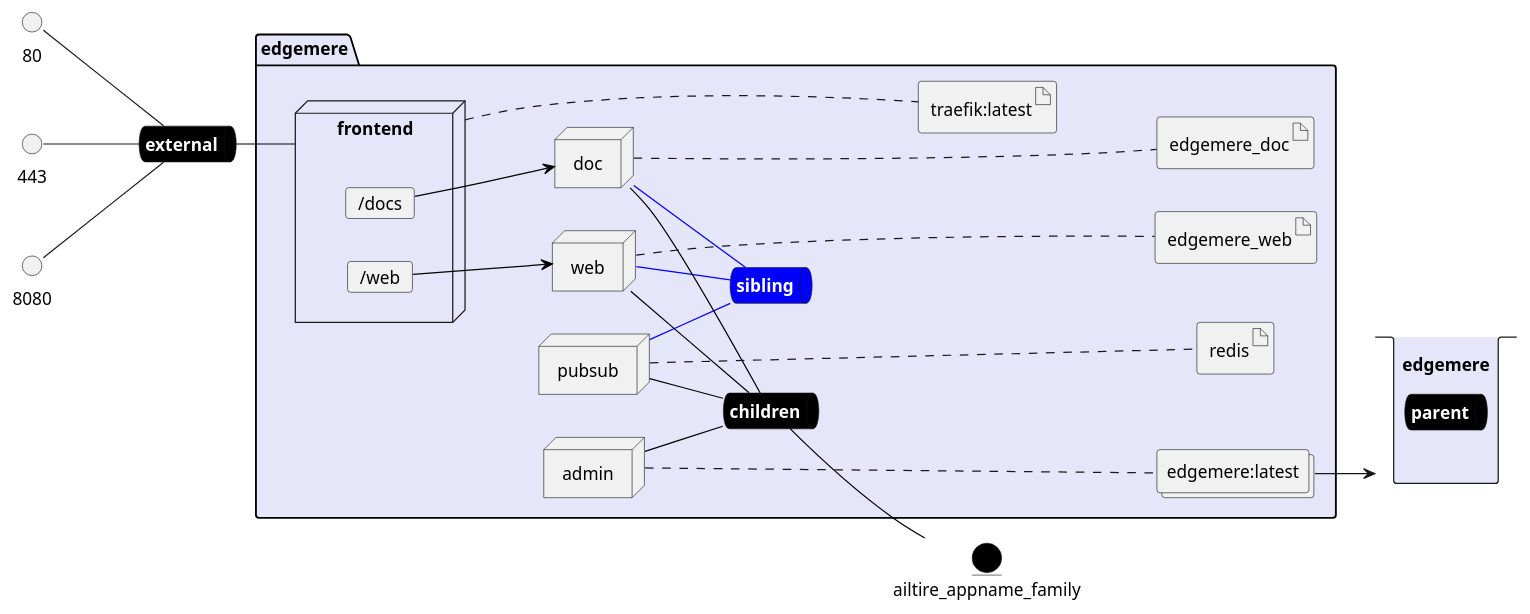
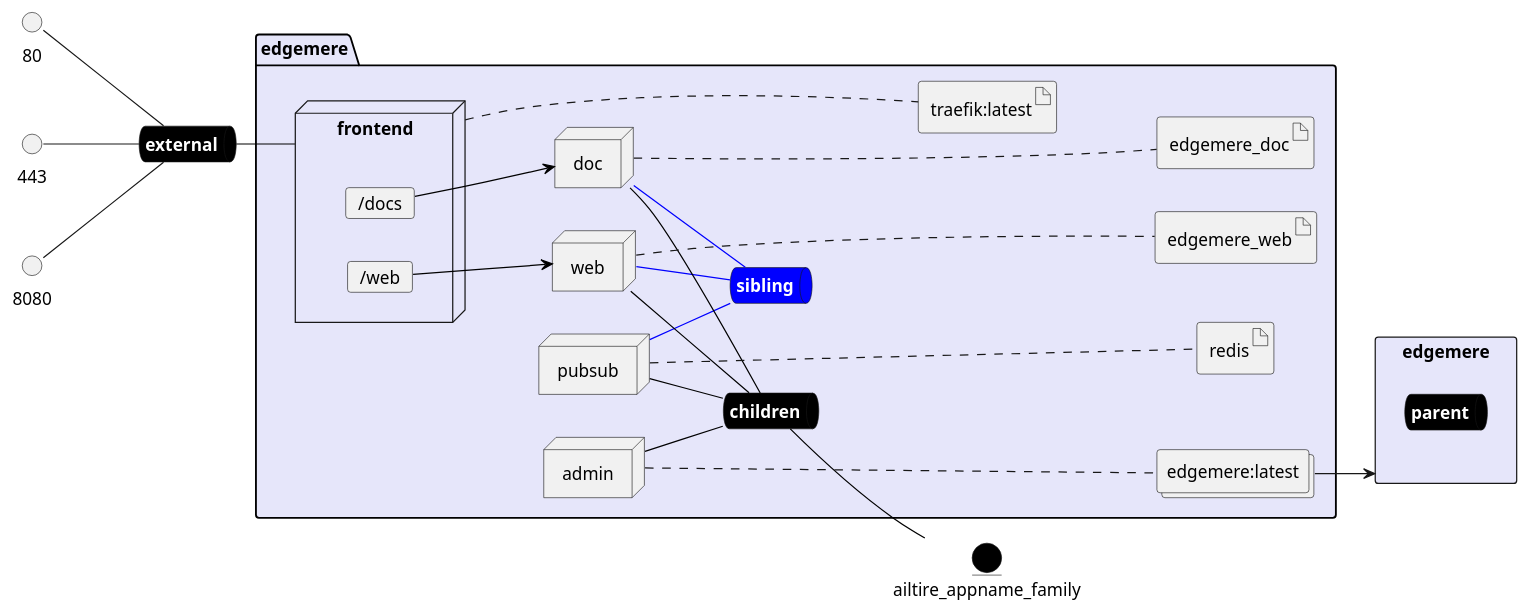
One commit to madajaju/edgemere changed the diagram in docs/edgemere/envs/local/deployment.puml. Above: the diagram before and after it, drawn with PlantUML. The commit also changed 208 other files, not shown here.

```diff
--- a/docs/edgemere/envs/local/deployment.puml
+++ b/docs/edgemere/envs/local/deployment.puml
@@ -1,95 +1,95 @@
 @startuml
 
 left to right direction
 
 
 queue external #black [
     <b><color:white>external</color></b>
 ]
     
 interface 80
 80 -- external
     
 interface 443
 443 -- external
     
 interface 8080
 8080 -- external
     
 
 
 entity ailtire_appname_family #black
 
-stack "edgemere" as edgemereStack #lavender {
+rectangle "edgemere" as edgemereStack #lavender {
     queue edgemereStacksnet #black [
         <b><color:white>parent</color></b>
     ]
 }
 
 
 
 package "edgemere" #lavender {
     queue childrennet #black [
             <b><color:white>children</color></b>
     ]
     
     childrennet -[#black]- ailtire_appname_family
     
     queue siblingnet #blue [
             <b><color:white>sibling</color></b>
     ]
     
 
 
 node "frontend" as frontendService {
     card "/web" as webmap
     card "/docs" as docsmap
     
 }
 node "admin" as adminService
 node "pubsub" as pubsubService
 node "web" as webService
 node "doc" as docService
 
         collections "edgemere:latest" as edgemerelatestimage
     
         artifact "redis" as redisimage
     
         artifact "traefik:latest" as traefiklatestimage
     
         artifact "edgemere_web" as edgemere_webimage
     
         artifact "edgemere_doc" as edgemere_docimage
     
 }
 
 external -[#black]- frontendService
 
 webmap -[#black]-> webService
 
 docsmap -[#black]-> docService
 
 adminService -[#black]- childrennet
 
 pubsubService -[#black]- childrennet
 
 pubsubService -[#blue]- siblingnet
 
 webService -[#blue]- siblingnet
 
 webService -[#black]- childrennet
 
 docService -[#blue]- siblingnet
 
 docService -[#black]- childrennet
 adminService .... edgemerelatestimage
 pubsubService .... redisimage
 webService .... edgemere_webimage
 docService .... edgemere_docimage
 
 frontendService .... traefiklatestimage
 
 edgemerelatestimage --> edgemereStack
     
 
 @enduml
```
